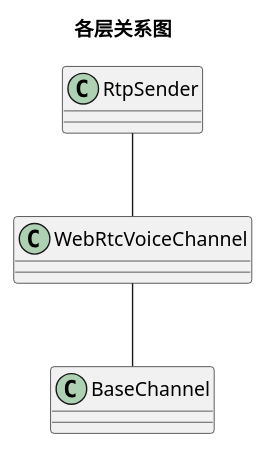
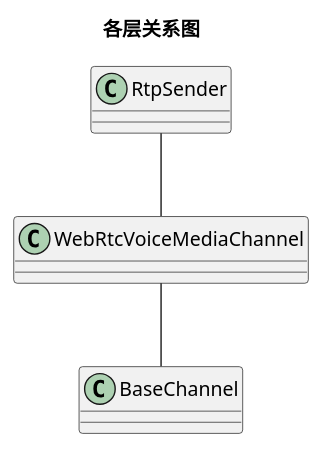
One commit to mingxin505/webrtcNote changed the third of 3 diagrams in webrtc_chrome/modules.md. Above: the diagram before and after it, drawn with PlantUML. The commit also changed 4 other files, not shown here.

````diff
--- a/webrtc_chrome/modules.md
+++ b/webrtc_chrome/modules.md
@@ -107,8 +107,8 @@
 ```plantuml
 @startuml
 title 各层关系图  
-RtpSender -- WebRtcVoiceChannel 
-WebRtcVoiceChannel -- BaseChannel
+RtpSender -- WebRtcVoiceMediaChannel 
+WebRtcVoiceMediaChannel -- BaseChannel
 
 @enduml
 ```
````
